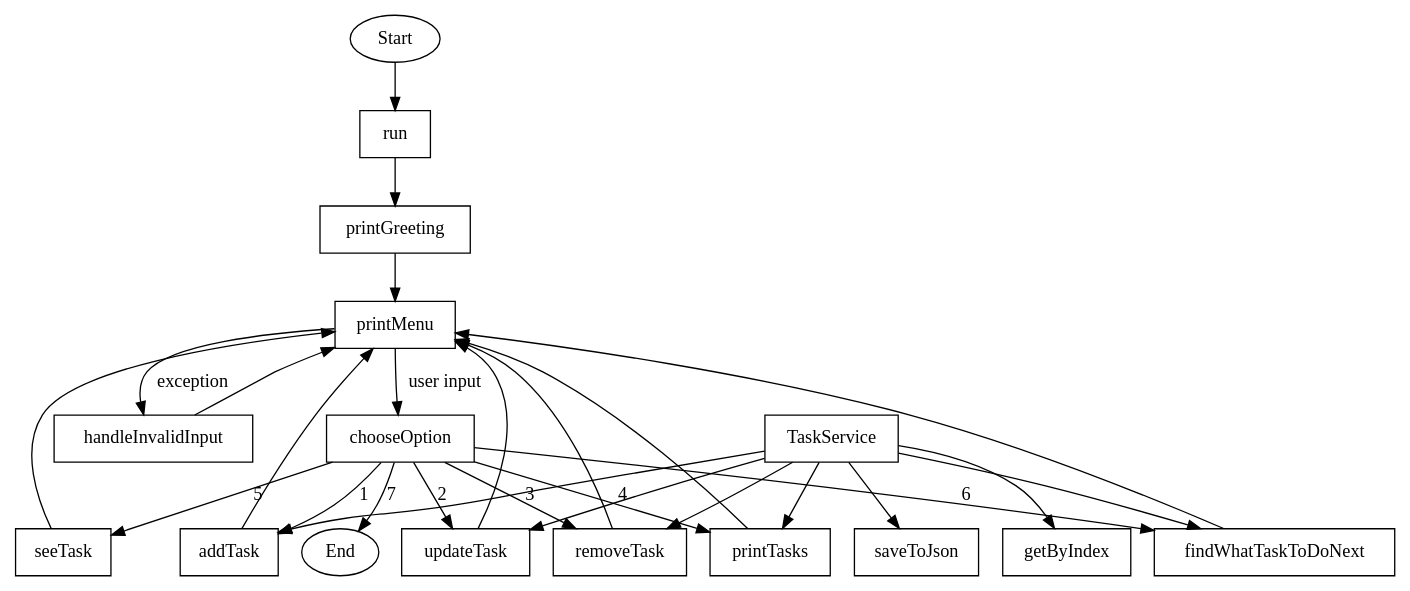
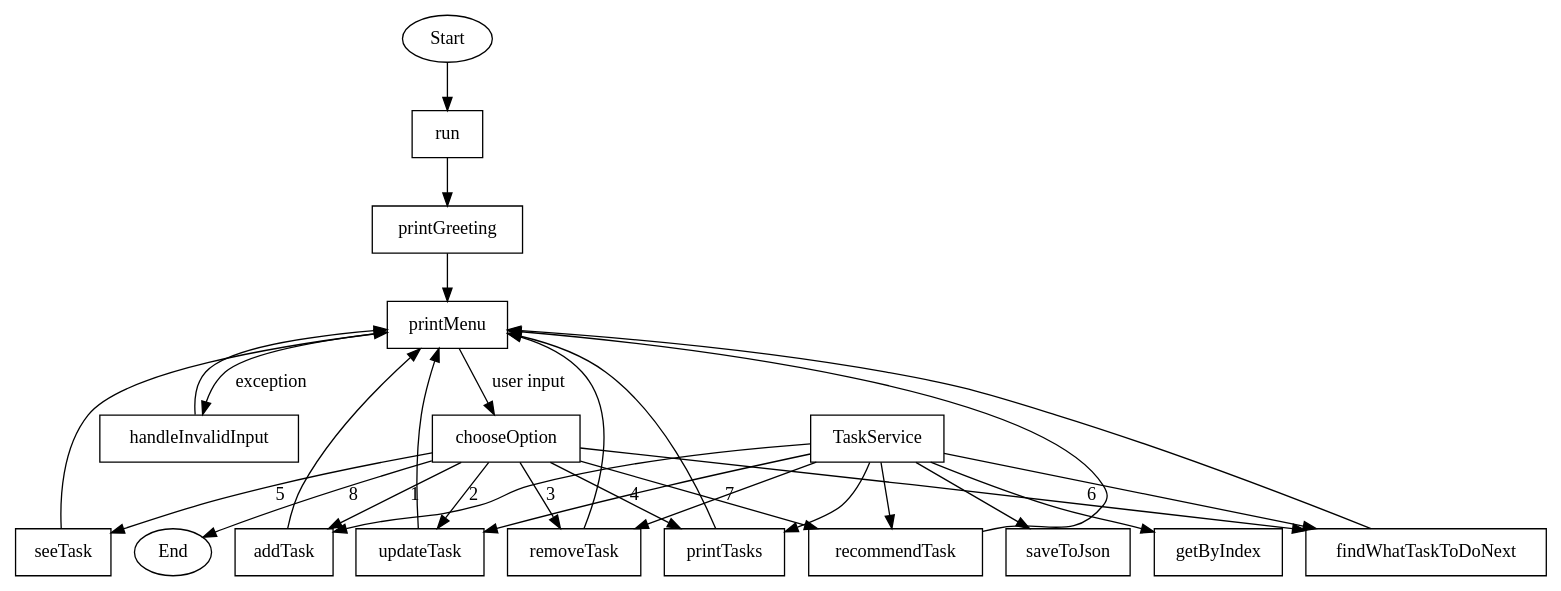
The diagram in Graf orientat/graf_flow.dot (CoCodrilo1710/Proiect_TSS), drawn with Graphviz before and after one commit. The commit also changed 1 other file, not shown here.

Commit message:
update graph

```diff
--- a/Graf orientat/graf_flow.dot
+++ b/Graf orientat/graf_flow.dot
@@ -1,38 +1,41 @@
 digraph AppFlow {
     node [shape=rectangle];
 
     start [shape=ellipse, label="Start"];
     end [shape=ellipse, label="End"];
 
     start -> run;
 
     run -> printGreeting;
     printGreeting -> printMenu;
 
     printMenu -> chooseOption [label="user input"];
     chooseOption -> addTask [label="1"];
     chooseOption -> updateTask [label="2"];
     chooseOption -> removeTask [label="3"];
     chooseOption -> printTasks [label="4"];
     chooseOption -> seeTask [label="5"];
     chooseOption -> findWhatTaskToDoNext [label="6"];
-    chooseOption -> end [label="7"];
+    chooseOption -> recommendTask [label="7"]
+    chooseOption -> end [label="8"];
 
     addTask -> printMenu;
     updateTask -> printMenu;
     removeTask -> printMenu;
     printTasks -> printMenu;
     seeTask -> printMenu;
     findWhatTaskToDoNext -> printMenu;
+    recommendTask -> printMenu;
 
     printMenu -> handleInvalidInput [label="exception"];
     handleInvalidInput -> printMenu;
 
     TaskService -> addTask;
     TaskService -> getByIndex;
     TaskService -> updateTask;
     TaskService -> removeTask;
     TaskService -> printTasks;
     TaskService -> saveToJson;
     TaskService -> findWhatTaskToDoNext;
+    TaskService -> recommendTask;
 }
```
